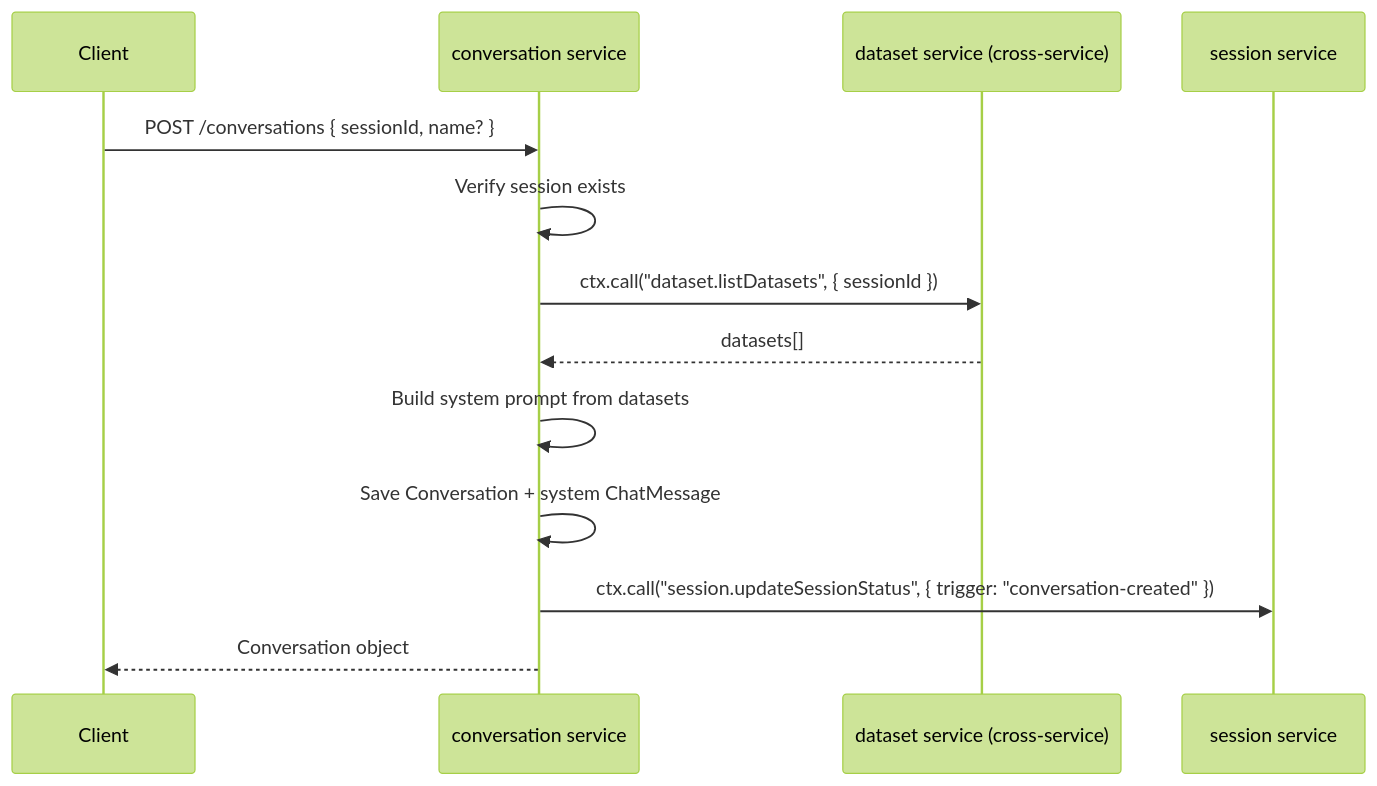
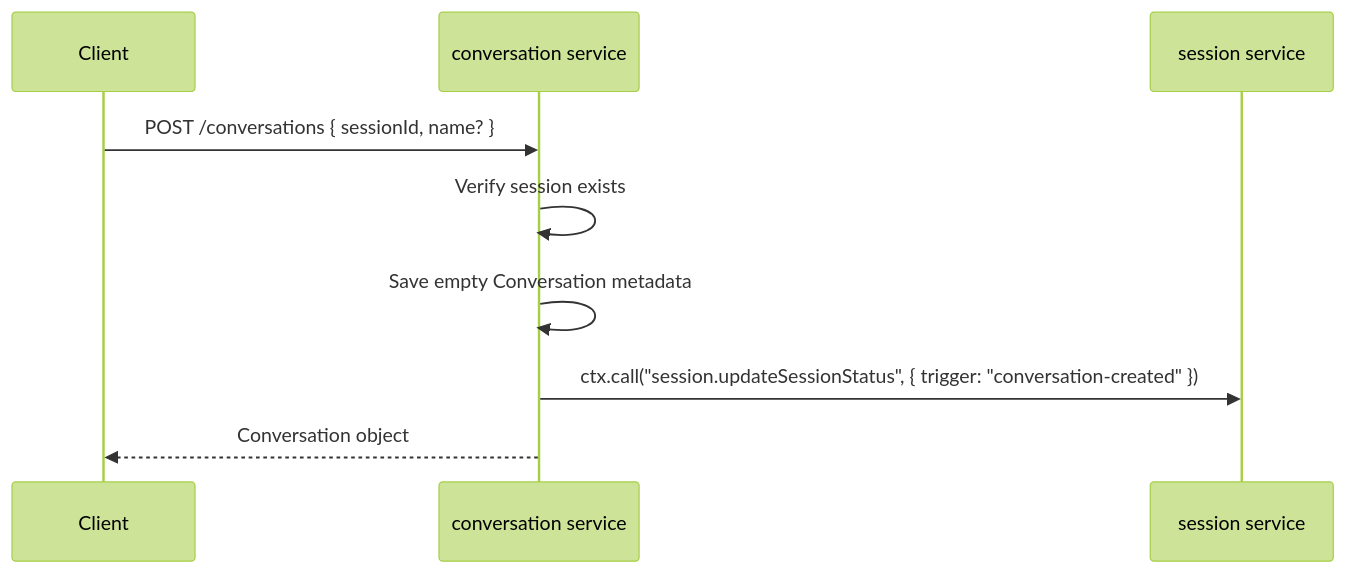
The second of 2 diagrams in docs/domain-knowledge/conversation-management.md (hinora/data-analysis), drawn with Mermaid (forest theme) before and after one commit. The commit also changed other lines of this file and 14 other files, not shown here.

````diff
--- a/docs/domain-knowledge/conversation-management.md
+++ b/docs/domain-knowledge/conversation-management.md
@@ -47,16 +47,12 @@
 ```mermaid
 sequenceDiagram
     participant Client
     participant ConversationSvc as conversation service
-    participant DatasetSvc as dataset service (cross-service)
     participant SessionSvc as session service
 
     Client->>ConversationSvc: POST /conversations { sessionId, name? }
     ConversationSvc->>ConversationSvc: Verify session exists
-    ConversationSvc->>DatasetSvc: ctx.call("dataset.listDatasets", { sessionId })
-    DatasetSvc-->>ConversationSvc: datasets[]
-    ConversationSvc->>ConversationSvc: Build system prompt from datasets
-    ConversationSvc->>ConversationSvc: Save Conversation + system ChatMessage
+    ConversationSvc->>ConversationSvc: Save empty Conversation metadata
     ConversationSvc->>SessionSvc: ctx.call("session.updateSessionStatus", { trigger: "conversation-created" })
     ConversationSvc-->>Client: Conversation object
 ```
````
